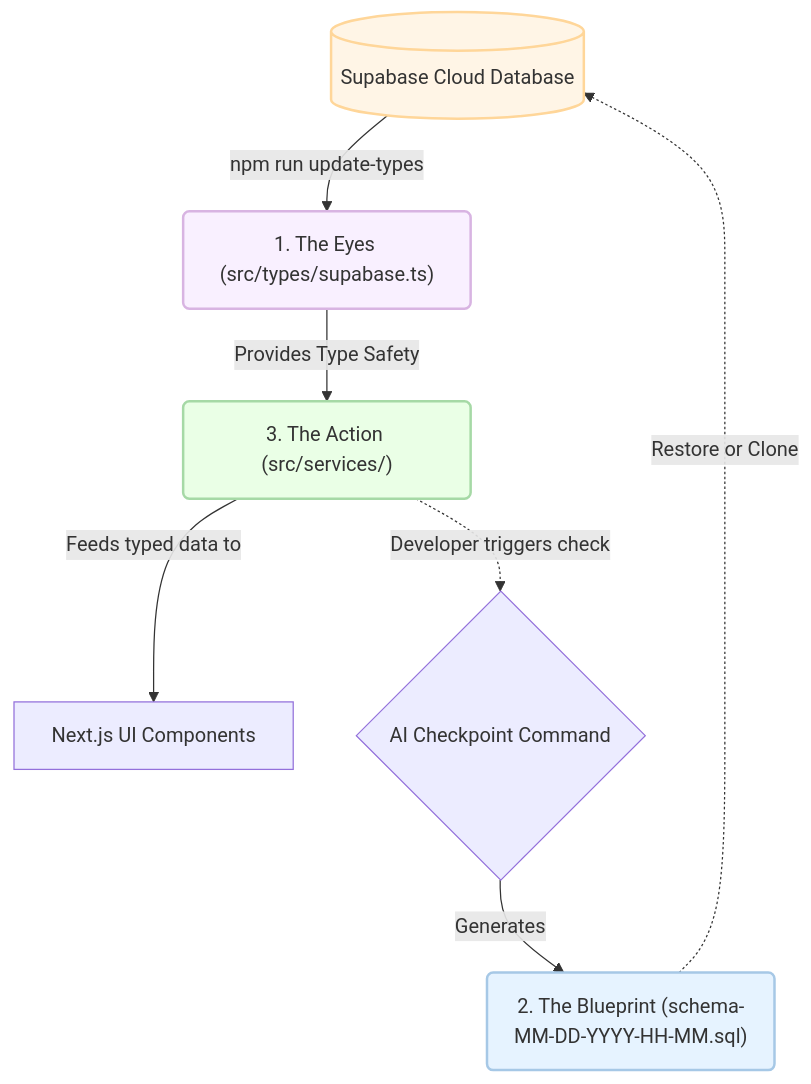
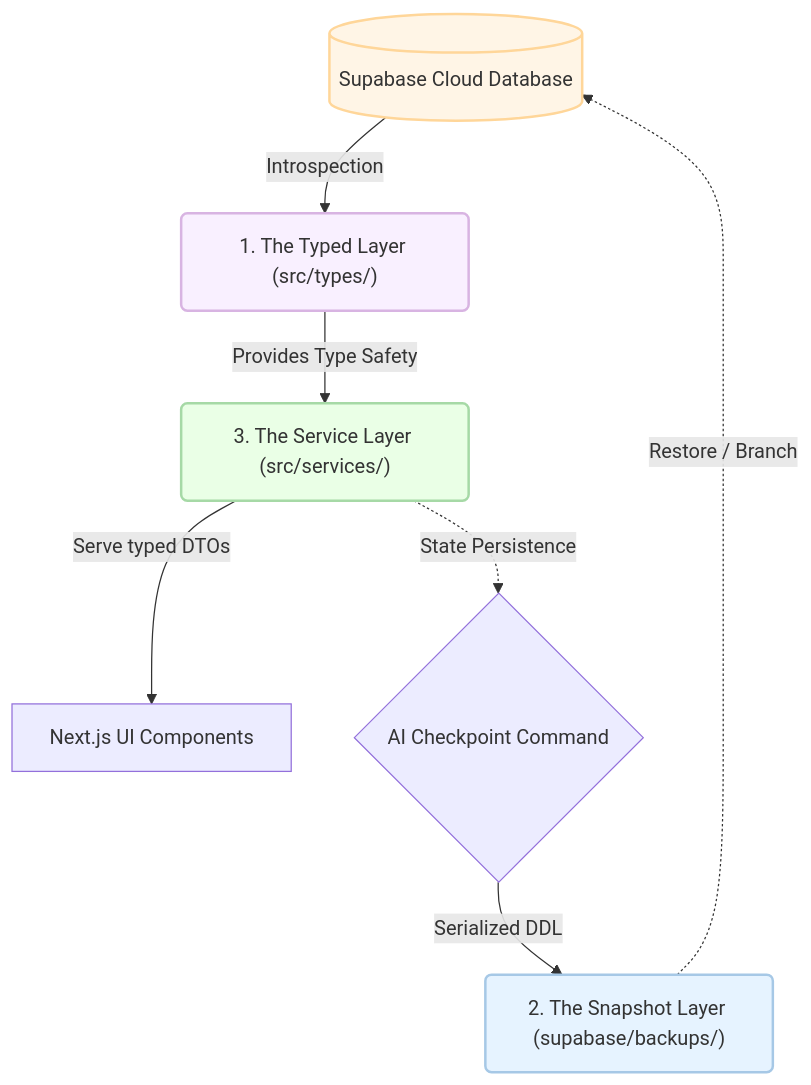
One commit to Danncode10/DannFlow changed the diagram in docs/the-holy-trinity.md. Above: the diagram before and after it, drawn with Mermaid. The commit also changed other lines of this file and 10 other files, not shown here.

````diff
--- a/docs/the-holy-trinity.md
+++ b/docs/the-holy-trinity.md
@@ -7,17 +7,17 @@
 ```mermaid
 graph TD
-    classDef theEyes fill:#f9f0ff,stroke:#d8b4e2,stroke-width:2px;
-    classDef theBlueprint fill:#e6f3ff,stroke:#a6c8e6,stroke-width:2px;
-    classDef theAction fill:#eaffe6,stroke:#a6d9a6,stroke-width:2px;
+    classDef layerEyes fill:#f9f0ff,stroke:#d8b4e2,stroke-width:2px;
+    classDef layerBlueprint fill:#e6f3ff,stroke:#a6c8e6,stroke-width:2px;
+    classDef layerAction fill:#eaffe6,stroke:#a6d9a6,stroke-width:2px;
     classDef cloud fill:#fff5e6,stroke:#ffd699,stroke-width:2px;
 
     DB[("Supabase Cloud Database")]:::cloud
-    DB -->|"npm run update-types"| Eyes("1. The Eyes (src/types/supabase.ts)"):::theEyes
+    DB -->|"Introspection"| Eyes("1. The Typed Layer (src/types/)"):::layerEyes
     
-    Eyes -->|"Provides Type Safety"| Action("3. The Action (src/services/)"):::theAction
-    Action -->|"Feeds typed data to"| UI["Next.js UI Components"]
+    Eyes -->|"Provides Type Safety"| Action("3. The Service Layer (src/services/)"):::layerAction
+    Action -->|"Serve typed DTOs"| UI["Next.js UI Components"]
     
-    Action -.->|"Developer triggers check"| Checkpoint{"AI Checkpoint Command"}
-    Checkpoint -->|"Generates"| Blueprint("2. The Blueprint (schema-MM-DD-YYYY-HH-MM.sql)"):::theBlueprint
-    Blueprint -.->|"Restore or Clone"| DB
+    Action -.->|"State Persistence"| Checkpoint{"AI Checkpoint Command"}
+    Checkpoint -->|"Serialized DDL"| Blueprint("2. The Snapshot Layer (supabase/backups/)"):::layerBlueprint
+    Blueprint -.->|"Restore / Branch"| DB
 ```
````
